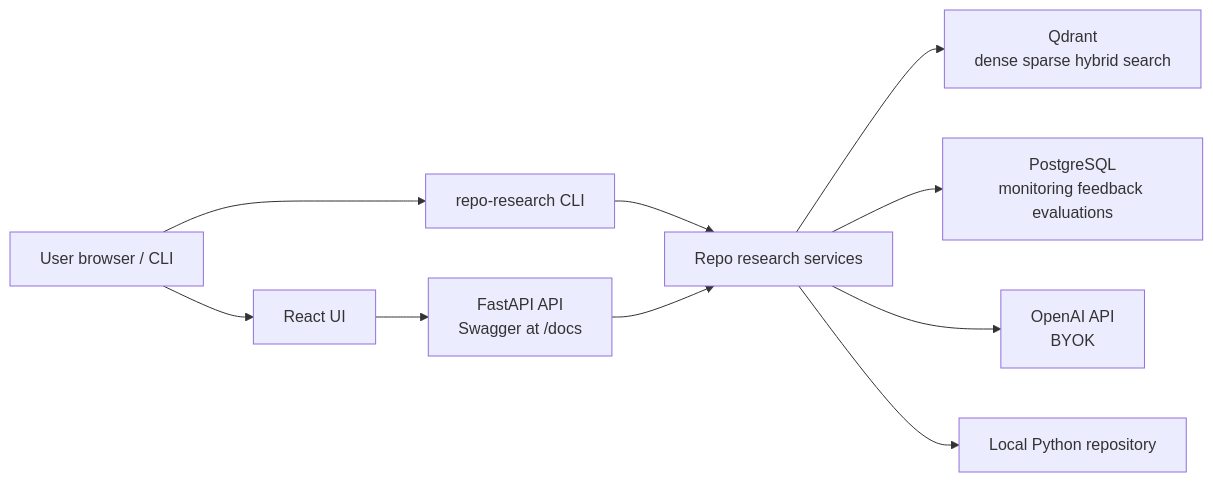
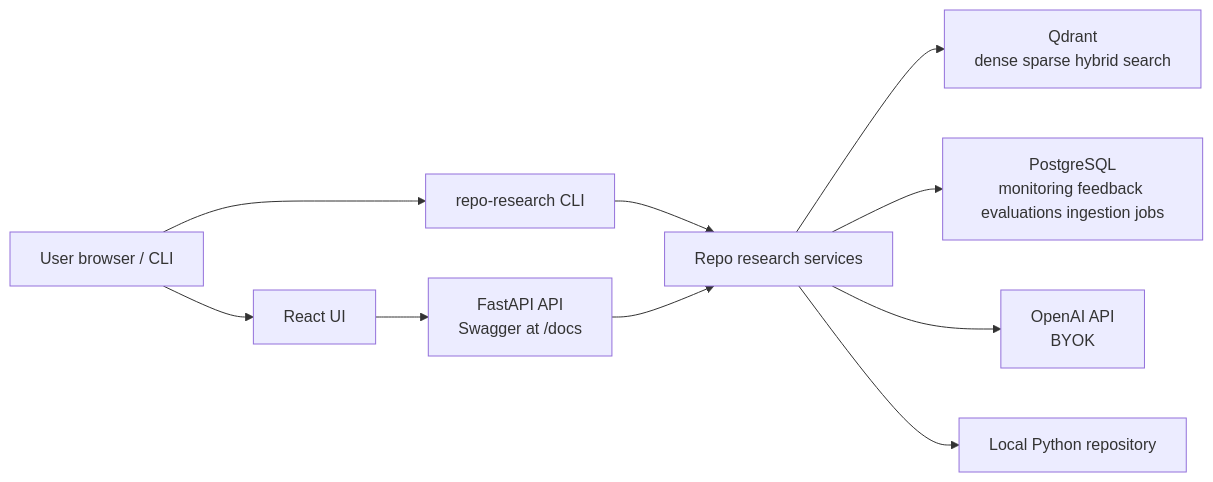
One commit to dosorio79/repo_deep_research changed the diagram in README.md. Above: the diagram before and after it, drawn with Mermaid. The commit also changed other lines of this file and 13 other files, not shown here.

````diff
--- a/README.md
+++ b/README.md
@@ -34,12 +34,12 @@
 ```mermaid
 flowchart LR
   user[User browser / CLI] --> frontend[React UI]
   user --> cli[repo-research CLI]
   frontend --> api[FastAPI API<br/>Swagger at /docs]
   cli --> services[Repo research services]
   api --> services
   services --> qdrant[Qdrant<br/>dense sparse hybrid search]
-  services --> postgres[PostgreSQL<br/>monitoring feedback evaluations]
+  services --> postgres[PostgreSQL<br/>monitoring feedback evaluations ingestion jobs]
   services --> openai[OpenAI API<br/>BYOK]
   services --> repo[Local Python repository]
 ```
````
